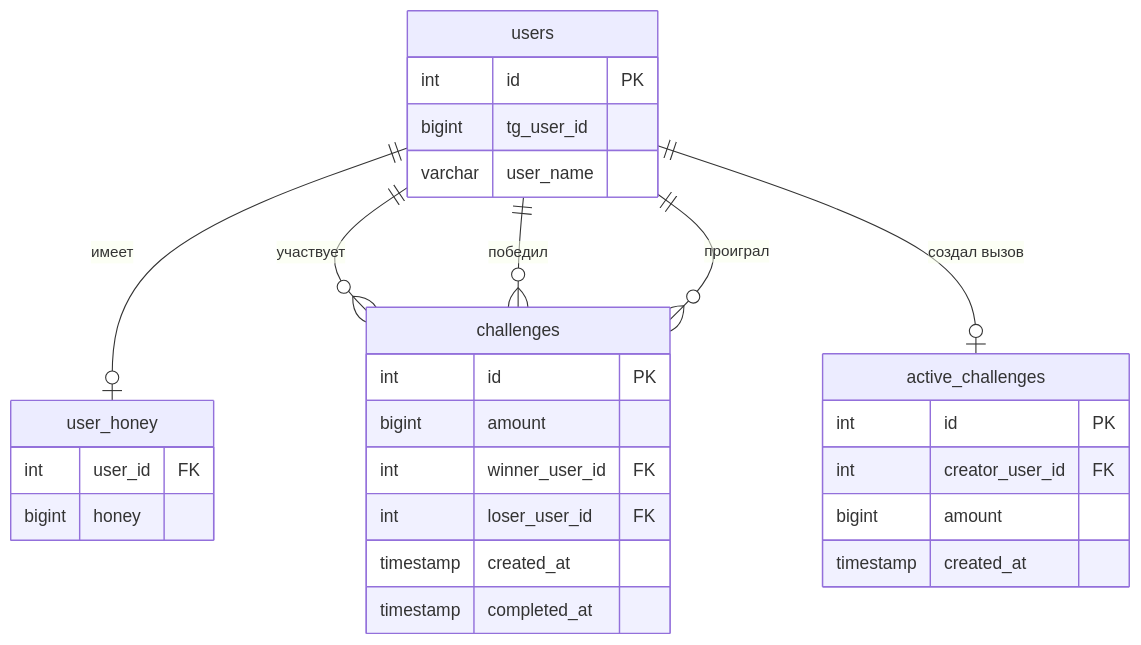
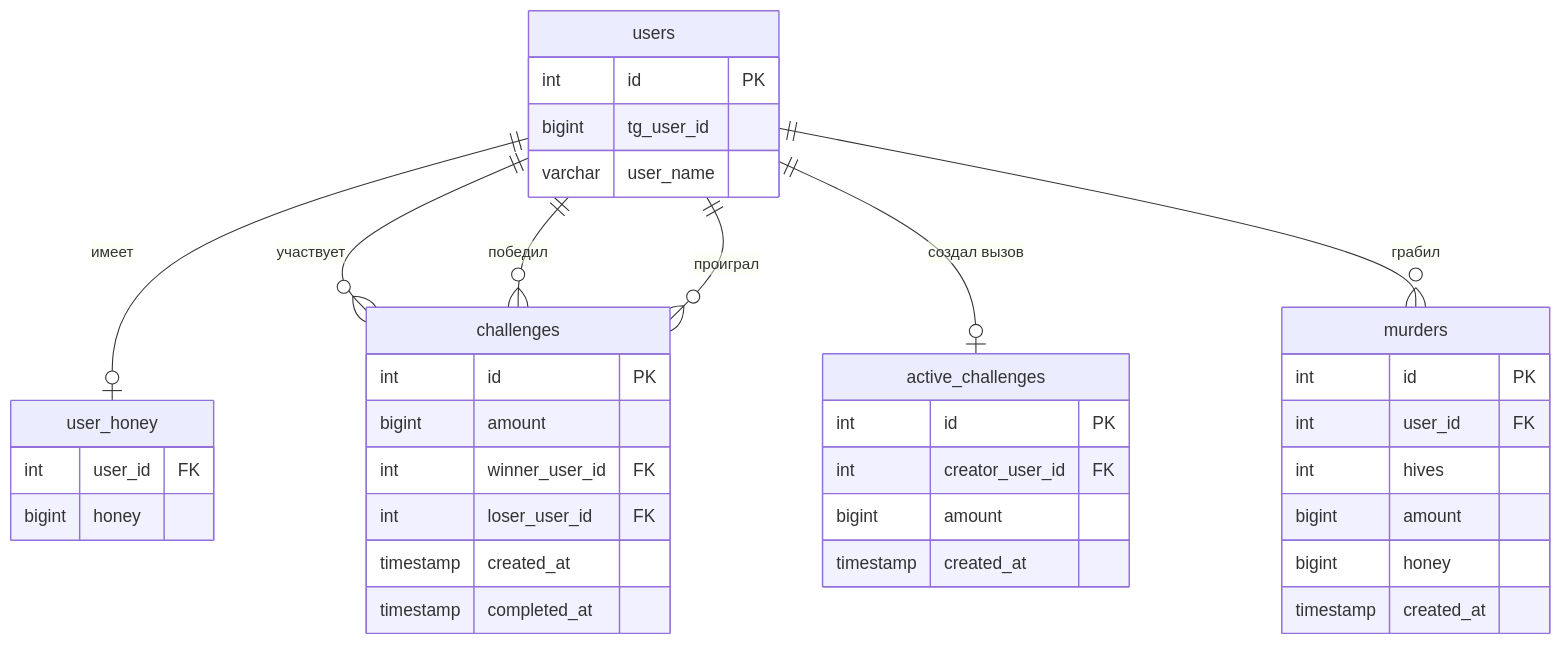
Before and after one commit to toxagpark/HoneyGame: the diagram in docs/database_schema.md, drawn with Mermaid. The commit also changed other lines of this file and 16 other files, not shown here.

````diff
--- a/docs/database_schema.md
+++ b/docs/database_schema.md
@@ -9,35 +9,45 @@
 ```mermaid
 erDiagram
     users ||--o| user_honey : "имеет"
     users ||--o{ challenges : "участвует"
     users ||--o{ challenges : "победил"
     users ||--o{ challenges : "проиграл"
     users ||--o| active_challenges : "создал вызов"
+    users ||--o{ murders : "грабил"
 
     users {
         int id PK
         bigint tg_user_id
         varchar user_name
     }
 
     user_honey {
         int user_id FK
         bigint honey
     }
 
     challenges {
         int id PK
         bigint amount
         int winner_user_id FK
         int loser_user_id FK
         timestamp created_at
         timestamp completed_at
     }
 
     active_challenges {
         int id PK
         int creator_user_id FK
         bigint amount
         timestamp created_at
     }
+
+    murders {
+        int id PK
+        int user_id FK
+        int hives
+        bigint amount
+        bigint honey
+        timestamp created_at
+    }
 ```
````
